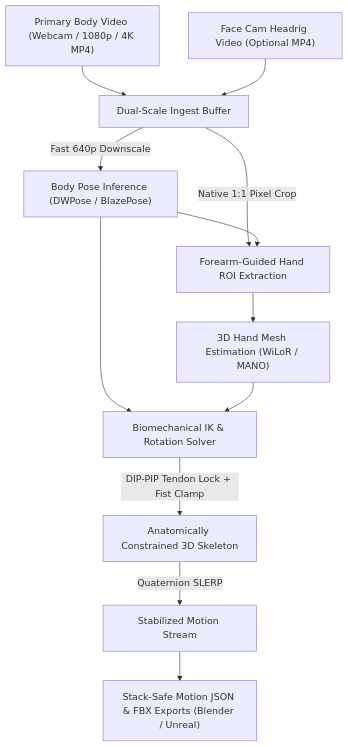
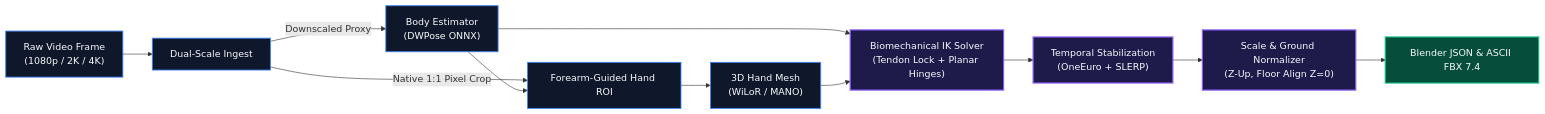
Before and after one commit to HrithvikM23/Kinara: the diagram in README.md, drawn with Mermaid. The commit also changed other lines of this file and 25 other files, not shown here.

````diff
--- a/README.md
+++ b/README.md
@@ -49,13 +44,19 @@
 ```mermaid
-flowchart TD
-    A1["Primary Body Video (Webcam / 1080p / 4K MP4)"] --> B["Dual-Scale Ingest Buffer"]
-    A2["Face Cam Headrig Video (Optional MP4)"] --> B
-    B -->|Fast 640p Downscale| C["Body Pose Inference (DWPose / BlazePose)"]
-    B -->|Native 1:1 Pixel Crop| D["Forearm-Guided Hand ROI Extraction"]
+flowchart LR
+    A["Raw Video Frame<br/>(1080p / 2K / 4K)"] --> B["Dual-Scale Ingest"]
+    B -->|Downscaled Proxy| C["Body Estimator<br/>(DWPose ONNX)"]
+    B -->|Native 1:1 Pixel Crop| D["Forearm-Guided Hand ROI"]
     C --> D
-    D --> E["3D Hand Mesh Estimation (WiLoR / MANO)"]
-    C & E --> F["Biomechanical IK & Rotation Solver"]
-    F -->|DIP-PIP Tendon Lock + Fist Clamp| G["Anatomically Constrained 3D Skeleton"]
-    G -->|Quaternion SLERP| H["Stabilized Motion Stream"]
-    H --> I["Stack-Safe Motion JSON & FBX Exports (Blender / Unreal)"]
+    D --> E["3D Hand Mesh<br/>(WiLoR / MANO)"]
+    C & E --> F["Biomechanical IK Solver<br/>(Tendon Lock + Planar Hinges)"]
+    F --> G["Temporal Stabilization<br/>(OneEuro + SLERP)"]
+    G --> H["Scale & Ground Normalizer<br/>(Z-Up, Floor Align Z=0)"]
+    H --> I["Blender JSON & ASCII FBX 7.4"]
+
+    classDef stage fill:#0f172a,stroke:#3b82f6,stroke-width:1.5px,color:#f8fafc;
+    classDef highlight fill:#1e1b4b,stroke:#8b5cf6,stroke-width:2px,color:#f8fafc;
+    classDef export fill:#064e3b,stroke:#10b981,stroke-width:2px,color:#f8fafc;
+    class A,B,C,D,E stage;
+    class F,G,H highlight;
+    class I export;
 ```
````
